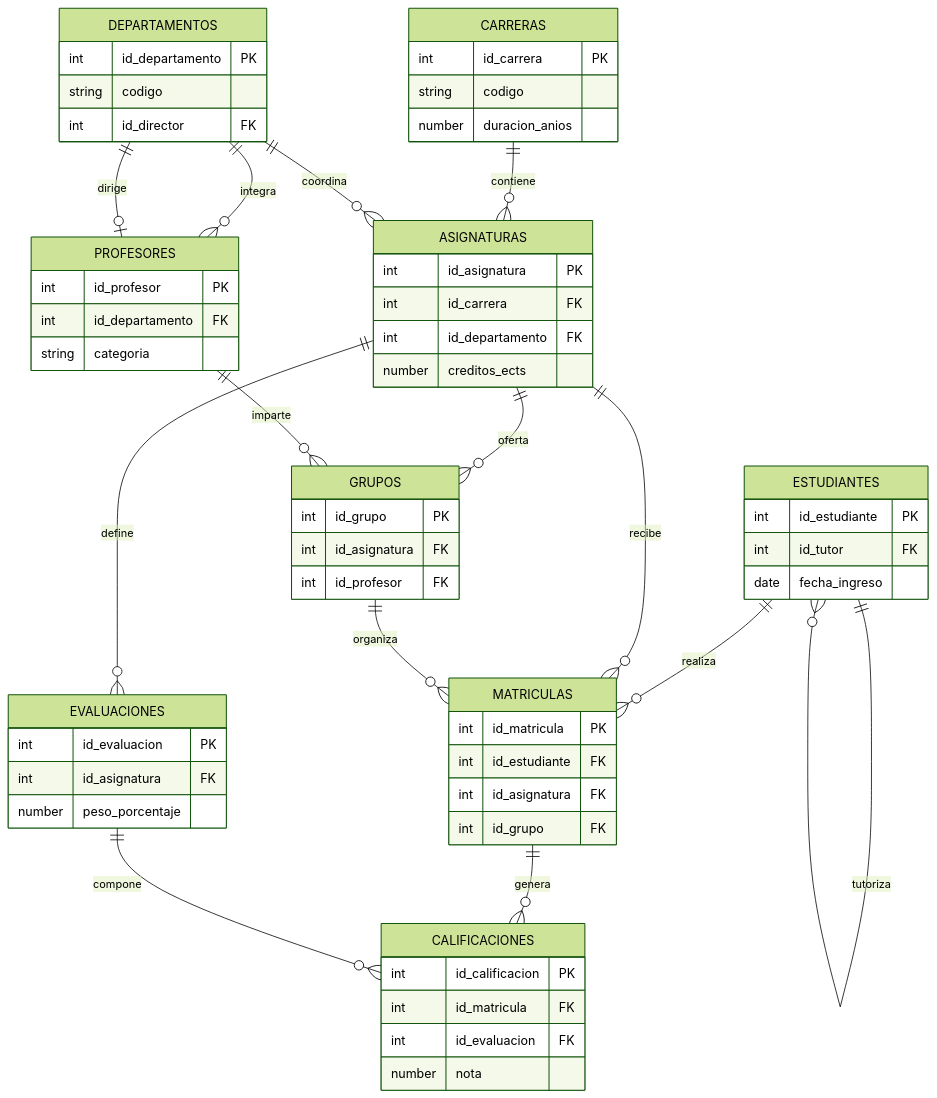
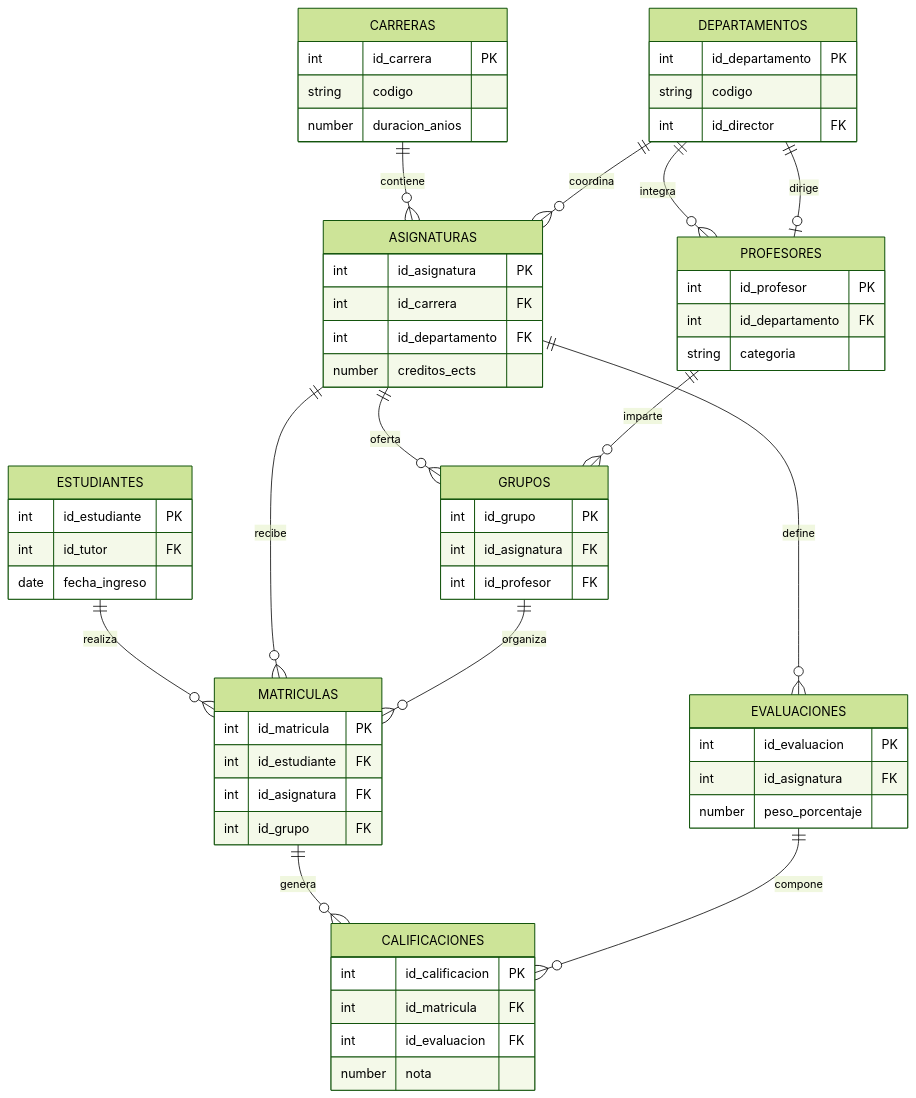
Before and after one commit to martalopezron92/1DAW-BBDD: the fourth of 5 diagrams in actividades/U4-Diseño-Fisico/Relacion_Ejercicios_DDL_Avanzados.md, drawn with Mermaid (forest theme). The commit also changed other lines of this file, not shown here.

Commit message:
modificacion diagramas marmaid

````diff
--- a/actividades/U4-Diseño-Fisico/Relacion_Ejercicios_DDL_Avanzados.md
+++ b/actividades/U4-Diseño-Fisico/Relacion_Ejercicios_DDL_Avanzados.md
@@ -314,65 +313,64 @@
 ```mermaid
 erDiagram
         CARRERAS ||--o{ ASIGNATURAS : contiene
         DEPARTAMENTOS ||--o{ ASIGNATURAS : coordina
         DEPARTAMENTOS ||--o{ PROFESORES : integra
         PROFESORES o|--|| DEPARTAMENTOS : dirige
         ASIGNATURAS ||--o{ GRUPOS : oferta
         PROFESORES ||--o{ GRUPOS : imparte
         ESTUDIANTES ||--o{ MATRICULAS : realiza
         ASIGNATURAS ||--o{ MATRICULAS : recibe
         GRUPOS ||--o{ MATRICULAS : organiza
-        ESTUDIANTES ||--o{ ESTUDIANTES : tutoriza
         MATRICULAS ||--o{ CALIFICACIONES : genera
         EVALUACIONES ||--o{ CALIFICACIONES : compone
         ASIGNATURAS ||--o{ EVALUACIONES : define
 
         CARRERAS {
                 int id_carrera PK
                 string codigo
                 number duracion_anios
         }
         DEPARTAMENTOS {
                 int id_departamento PK
                 string codigo
                 int id_director FK
         }
         ASIGNATURAS {
                 int id_asignatura PK
                 int id_carrera FK
                 int id_departamento FK
                 number creditos_ects
         }
         PROFESORES {
                 int id_profesor PK
                 int id_departamento FK
                 string categoria
         }
         ESTUDIANTES {
                 int id_estudiante PK
                 int id_tutor FK
                 date fecha_ingreso
         }
         GRUPOS {
                 int id_grupo PK
                 int id_asignatura FK
                 int id_profesor FK
         }
         MATRICULAS {
                 int id_matricula PK
                 int id_estudiante FK
                 int id_asignatura FK
                 int id_grupo FK
         }
         EVALUACIONES {
                 int id_evaluacion PK
                 int id_asignatura FK
                 number peso_porcentaje
         }
         CALIFICACIONES {
                 int id_calificacion PK
                 int id_matricula FK
                 int id_evaluacion FK
                 number nota
         }
 ```
````
